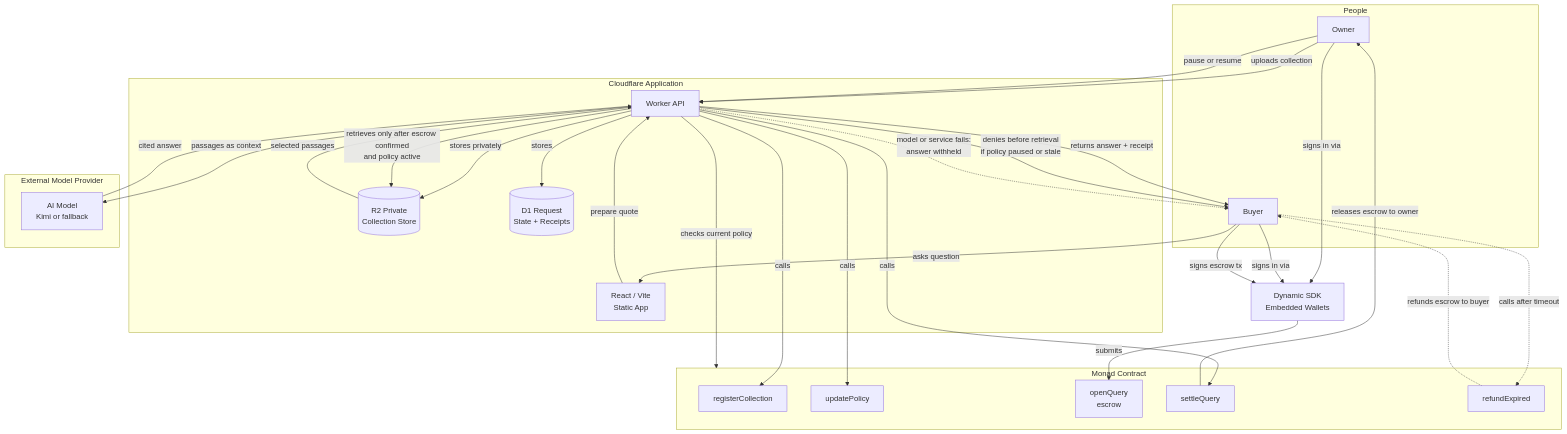
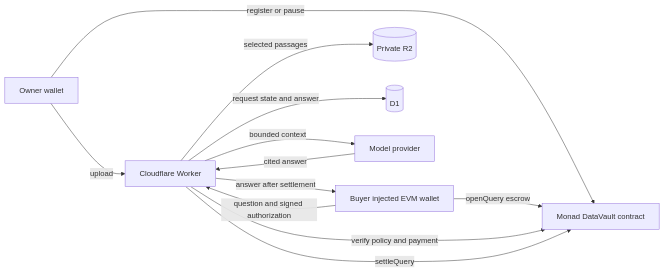
The diagram in CONTEXT.md (ShieldTech-Ltd/datavault), drawn with Mermaid before and after one commit. The commit also changed other lines of this file and 14 other files, not shown here.

Commit message:
docs: refresh DataVault branding and judge evidence

````diff
--- a/CONTEXT.md
+++ b/CONTEXT.md
@@ -15,64 +9,14 @@
 ```mermaid
-flowchart TD
-    subgraph People
-        OWN[Owner]
-        BUY[Buyer]
-    end
-
-    subgraph Cloudflare_Application["Cloudflare Application"]
-        UI[React / Vite\nStatic App]
-        WRK[Worker API]
-        R2[(R2 Private\nCollection Store)]
-        D1[(D1 Request\nState + Receipts)]
-    end
-
-    subgraph Monad["Monad Contract"]
-        REG[registerCollection]
-        POL[updatePolicy]
-        OPQ[openQuery\nescrow]
-        SET[settleQuery]
-        REF[refundExpired]
-    end
-
-    subgraph External_Model["External Model Provider"]
-        MDL[AI Model\nKimi or fallback]
-    end
-
-    DYN[Dynamic SDK\nEmbedded Wallets]
-
-    %% Owner setup
-    OWN -->|signs in via| DYN
-    OWN -->|uploads collection| WRK
-    WRK -->|stores privately| R2
-    WRK -->|calls| REG
-    OWN -->|pause or resume| WRK
-    WRK -->|calls| POL
-
-    %% Buyer query
-    BUY -->|signs in via| DYN
-    BUY -->|asks question| UI
-    UI -->|prepare quote| WRK
-    BUY -->|signs escrow tx| DYN
-    DYN -->|submits| OPQ
-
-    %% Policy check
-    WRK -->|checks current policy| Monad
-
-    %% Allow path
-    WRK -->|retrieves only after escrow confirmed\nand policy active| R2
-    R2 -->|selected passages| WRK
-    WRK -->|passages as context| MDL
-    MDL -->|cited answer| WRK
-    WRK -->|calls| SET
-    SET -->|releases escrow to owner| OWN
-    WRK -->|stores| D1
-    WRK -->|returns answer + receipt| BUY
-
-    %% Deny path
-    WRK -->|denies before retrieval\nif policy paused or stale| BUY
-
-    %% Failure / refund path
-    WRK -.->|model or service fails:\nanswer withheld| BUY
-    BUY -.->|calls after timeout| REF
-    REF -.->|refunds escrow to buyer| BUY
+flowchart LR
+    Owner[Owner wallet] -->|register or pause| Contract[Monad DataVault contract]
+    Owner -->|upload| Worker[Cloudflare Worker]
+    Buyer[Buyer injected EVM wallet] -->|openQuery escrow| Contract
+    Buyer -->|question and signed authorization| Worker
+    Worker -->|verify policy and payment| Contract
+    Worker -->|selected passages| R2[(Private R2)]
+    Worker -->|request state and answer| D1[(D1)]
+    Worker -->|bounded context| Model[Model provider]
+    Model -->|cited answer| Worker
+    Worker -->|settleQuery| Contract
+    Worker -->|answer after settlement| Buyer
 ```
````
